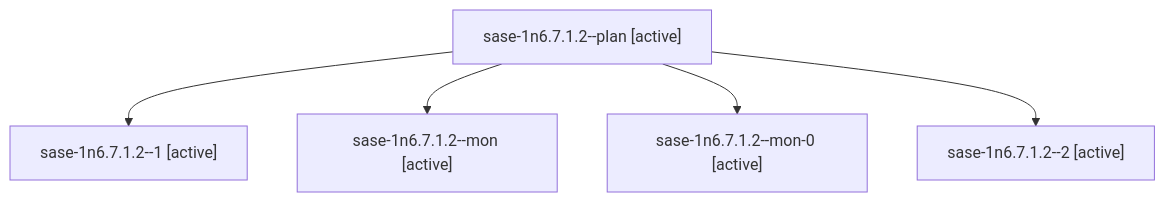
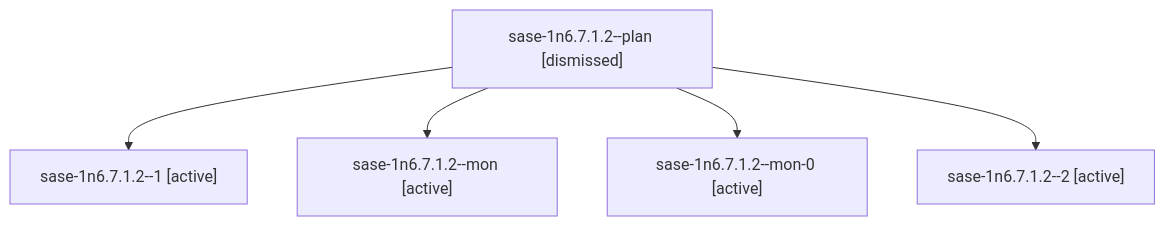
The diagram in sessions/bbugyi200.athena.sase-1n6.7.1.2.md (sase-org/sase--agents), drawn with Mermaid before and after one commit. The commit also changed other lines of this file and 247 other files, not shown here.

````diff
--- a/sessions/bbugyi200.athena.sase-1n6.7.1.2.md
+++ b/sessions/bbugyi200.athena.sase-1n6.7.1.2.md
@@ -9,12 +9,12 @@
 ```mermaid
 flowchart TD
-  n0["sase-1n6.7.1.2--plan [active]"]
+  n0["sase-1n6.7.1.2--plan [dismissed]"]
   n1["sase-1n6.7.1.2--1 [active]"]
   n0 --> n1
   n2["sase-1n6.7.1.2--mon [active]"]
   n0 --> n2
   n3["sase-1n6.7.1.2--mon-0 [active]"]
   n0 --> n3
   n4["sase-1n6.7.1.2--2 [active]"]
   n0 --> n4
 ```
````
